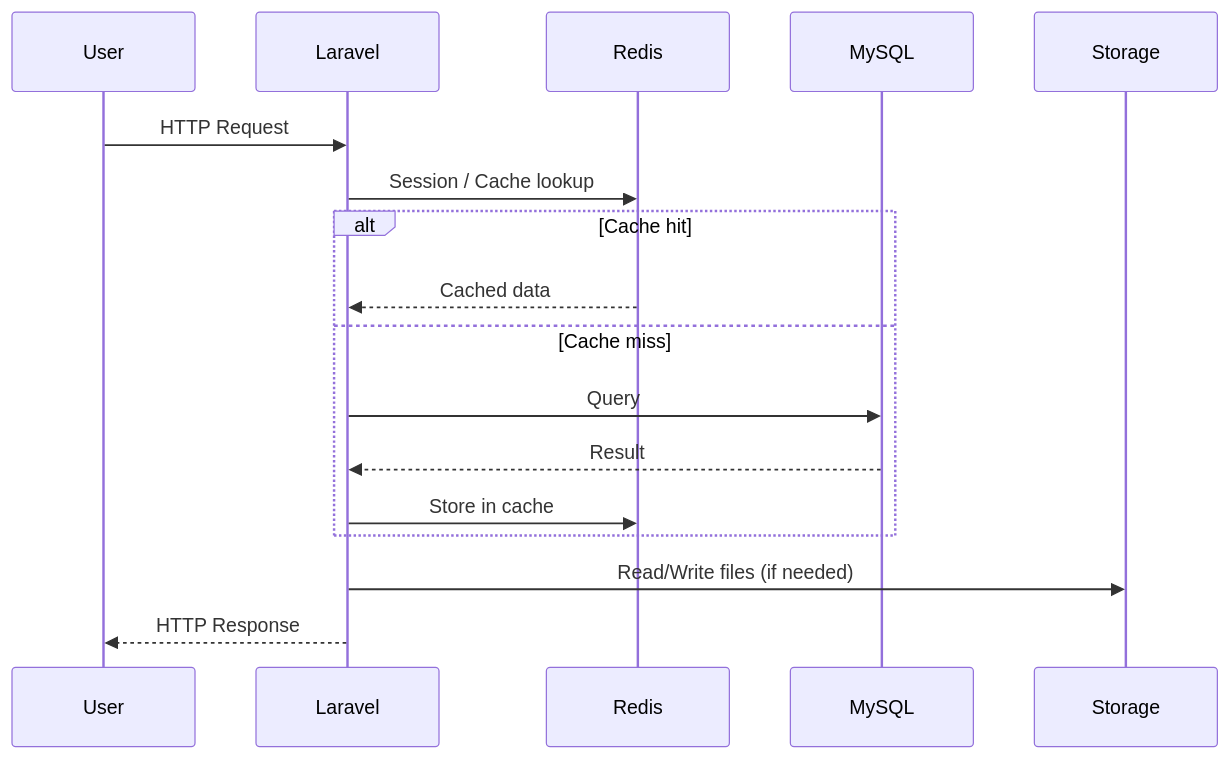
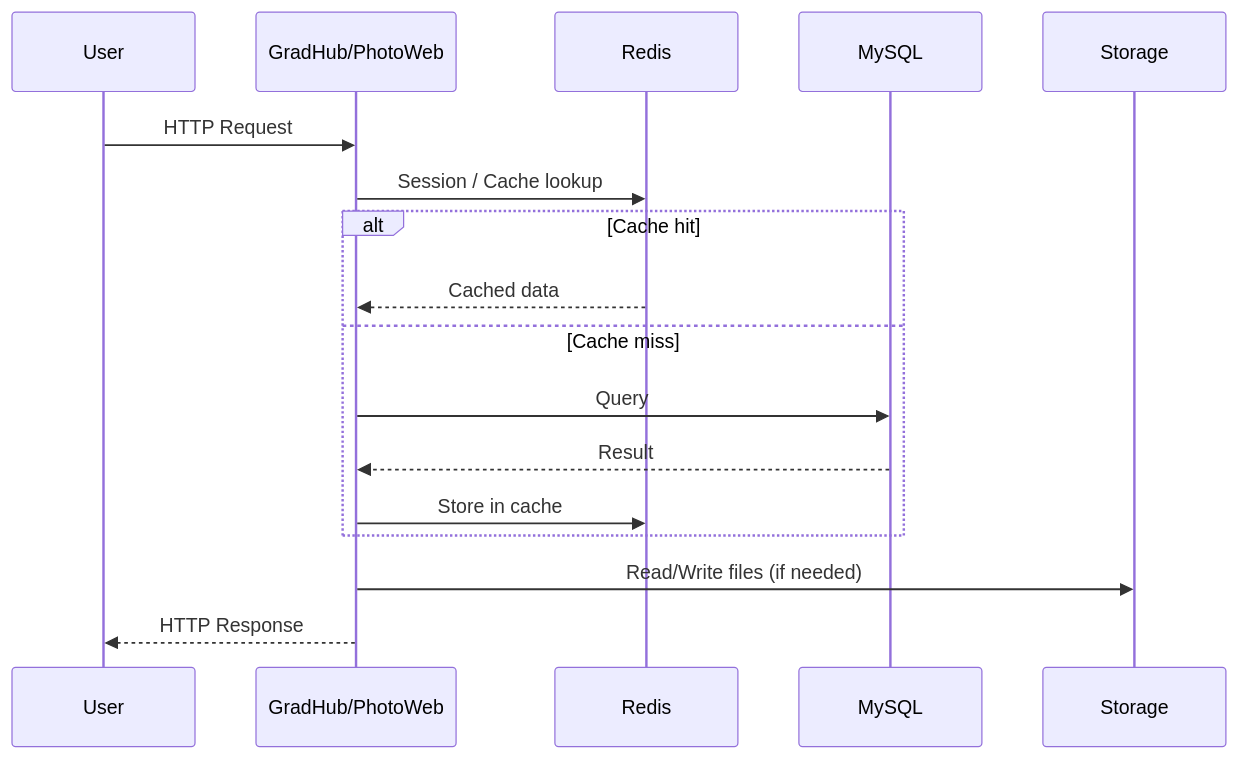
Before and after one commit to yeremko/gatest: the third of 7 diagrams in architecture.md, drawn with Mermaid. The commit also changed other lines of this file, not shown here.

````diff
--- a/architecture.md
+++ b/architecture.md
@@ -89,20 +100,20 @@
 ```mermaid
 sequenceDiagram
     participant User
-    participant Laravel
+    participant App as GradHub/PhotoWeb
     participant Redis
     participant MySQL
     participant Storage
 
-    User->>Laravel: HTTP Request
-    Laravel->>Redis: Session / Cache lookup
+    User->>App: HTTP Request
+    App->>Redis: Session / Cache lookup
     alt Cache hit
-        Redis-->>Laravel: Cached data
+        Redis-->>App: Cached data
     else Cache miss
-        Laravel->>MySQL: Query
-        MySQL-->>Laravel: Result
-        Laravel->>Redis: Store in cache
+        App->>MySQL: Query
+        MySQL-->>App: Result
+        App->>Redis: Store in cache
     end
-    Laravel->>Storage: Read/Write files (if needed)
-    Laravel-->>User: HTTP Response
+    App->>Storage: Read/Write files (if needed)
+    App-->>User: HTTP Response
 ```
````
